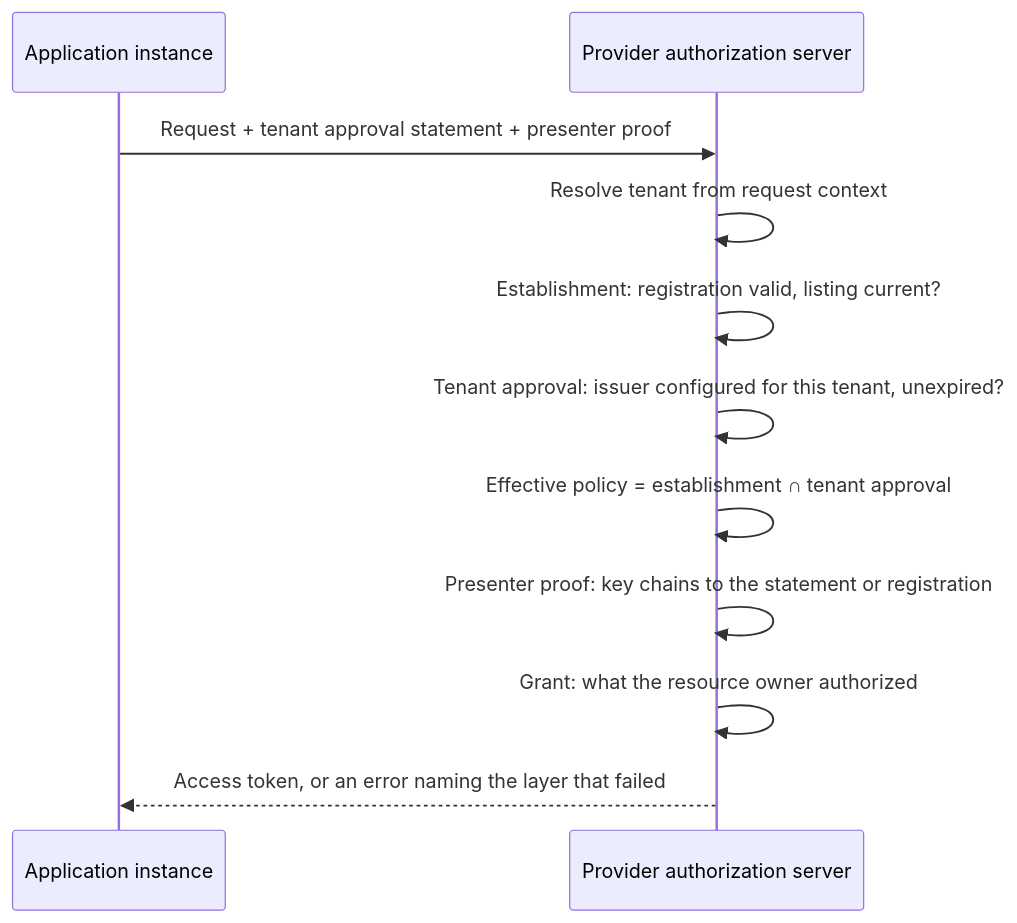
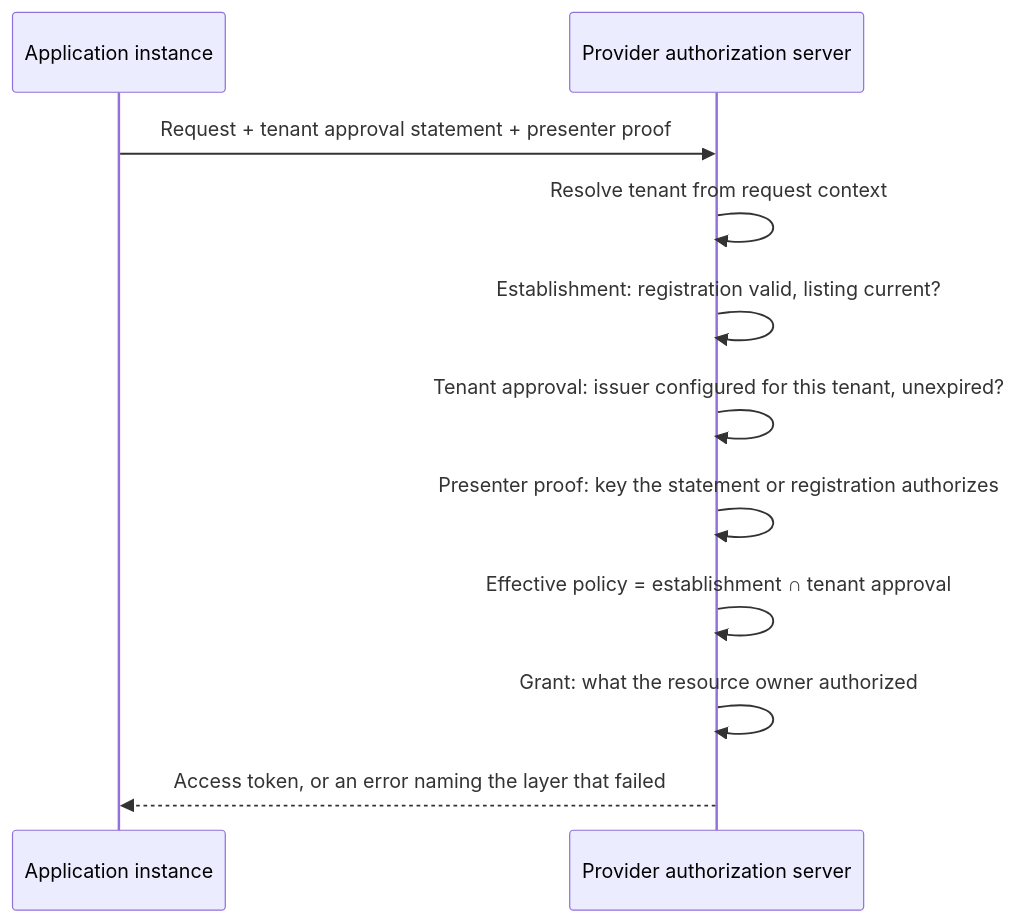
The diagram in deployment-model.md (mcguinness/draft-mcguinness-oauth-software-statement-issuance), drawn with Mermaid before and after one commit. The commit also changed other lines of this file and 3 other files, not shown here.

````diff
--- a/deployment-model.md
+++ b/deployment-model.md
@@ -75,13 +78,13 @@
 ```mermaid
 sequenceDiagram
     participant App as Application instance
     participant AS as Provider authorization server
     App->>AS: Request + tenant approval statement + presenter proof
     AS->>AS: Resolve tenant from request context
     AS->>AS: Establishment: registration valid, listing current?
     AS->>AS: Tenant approval: issuer configured for this tenant, unexpired?
+    AS->>AS: Presenter proof: key the statement or registration authorizes
     AS->>AS: Effective policy = establishment ∩ tenant approval
-    AS->>AS: Presenter proof: key chains to the statement or registration
     AS->>AS: Grant: what the resource owner authorized
     AS-->>App: Access token, or an error naming the layer that failed
 ```
````
